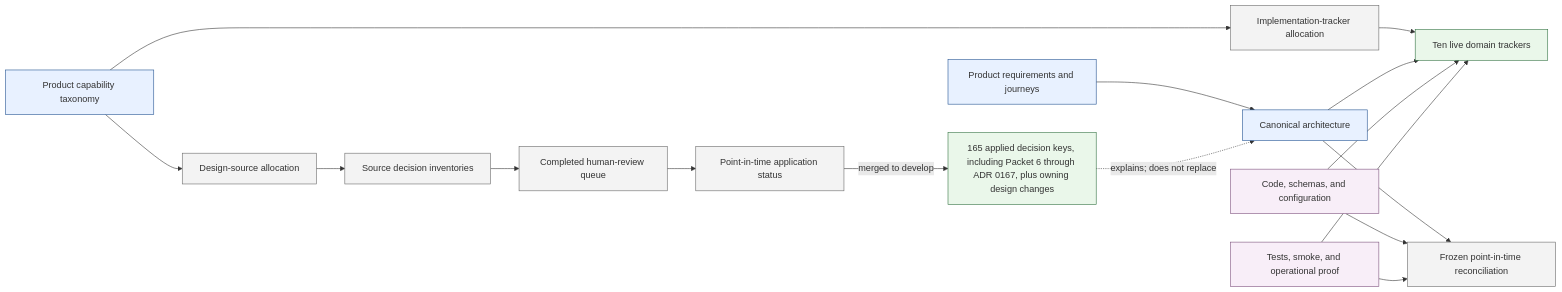
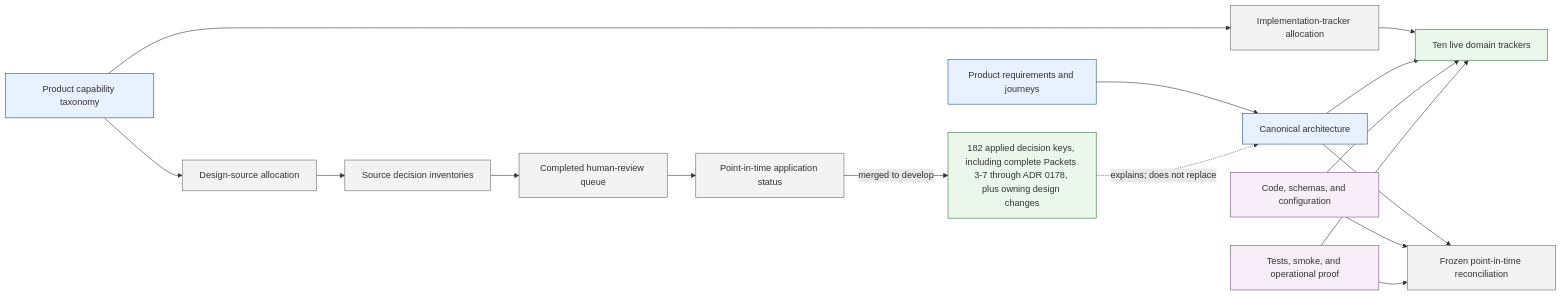
The diagram in design/project-management/design-alignment/README.md (benhook1013/FireMUD), drawn with Mermaid before and after one commit. The commit also changed other lines of this file and 29 other files, not shown here.

````diff
--- a/design/project-management/design-alignment/README.md
+++ b/design/project-management/design-alignment/README.md
@@ -27,26 +27,26 @@
 ```mermaid
 flowchart LR
     PRODUCT[Product requirements and journeys]:::canonical --> ARCH[Canonical architecture]:::canonical
     TAXONOMY[Product capability taxonomy]:::canonical --> DESIGN_ALLOC[Design-source allocation]:::alignment
     DESIGN_ALLOC --> SOURCE_INV[Source decision inventories]:::alignment
     SOURCE_INV --> HUMAN_QUEUE[Completed human-review queue]:::alignment
     HUMAN_QUEUE --> APPLY[Point-in-time application status]:::alignment
-    APPLY -->|merged to develop| APPLIED_DECISIONS[165 applied decision keys, including Packet 6 through ADR 0167, plus owning design changes]:::status
+    APPLY -->|merged to develop| APPLIED_DECISIONS[182 applied decision keys, including complete Packets 3-7 through ADR 0178, plus owning design changes]:::status
     APPLIED_DECISIONS -. explains; does not replace .-> ARCH
 
     TAXONOMY --> TRACKER_ALLOC[Implementation-tracker allocation]:::alignment
     TRACKER_ALLOC --> TRACKERS[Ten live domain trackers]:::status
     ARCH --> TRACKERS
     CODE[Code, schemas, and configuration]:::evidence --> TRACKERS
     PROOF[Tests, smoke, and operational proof]:::evidence --> TRACKERS
 
     ARCH --> RECON[Frozen point-in-time reconciliation]:::alignment
     CODE --> RECON
     PROOF --> RECON
 
     classDef canonical fill:#e8f1ff,stroke:#1f4f8f
     classDef alignment fill:#f3f3f3,stroke:#666
     classDef pending fill:#fff4d6,stroke:#9a6700
     classDef status fill:#eaf7ea,stroke:#2f6f3e
     classDef evidence fill:#f8eef8,stroke:#7a4e7a
 ```
````
